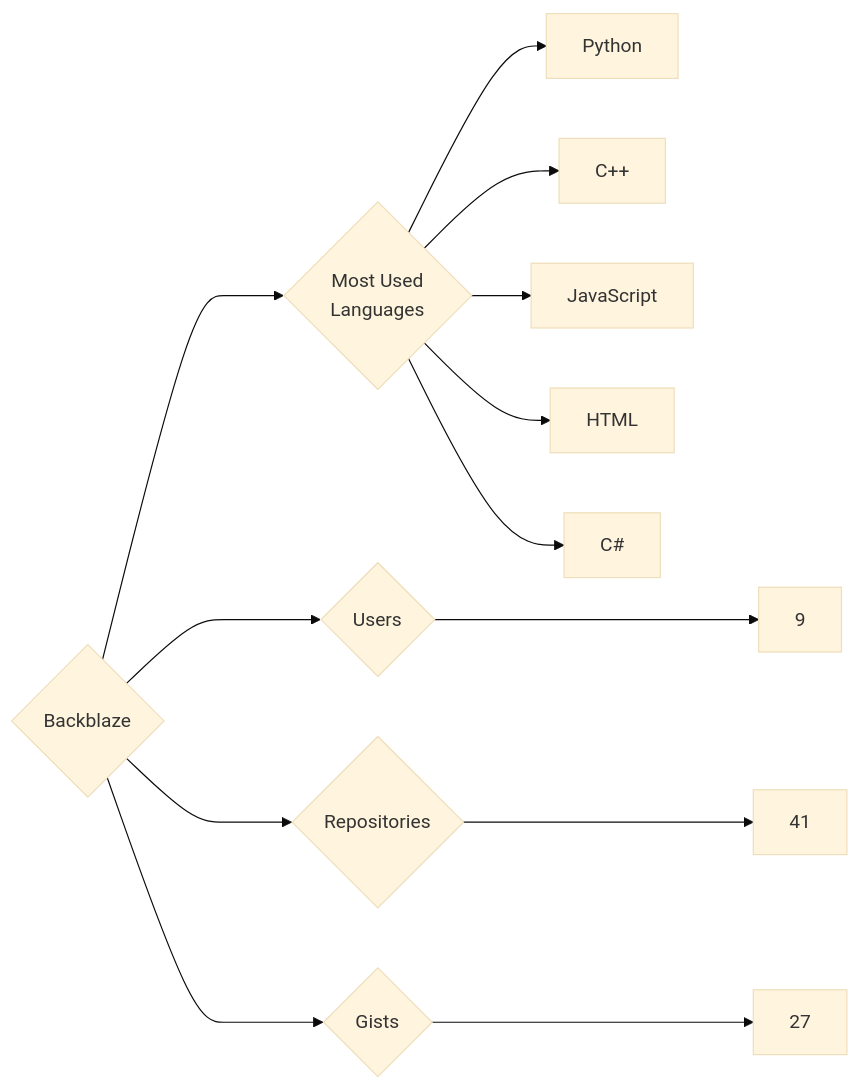
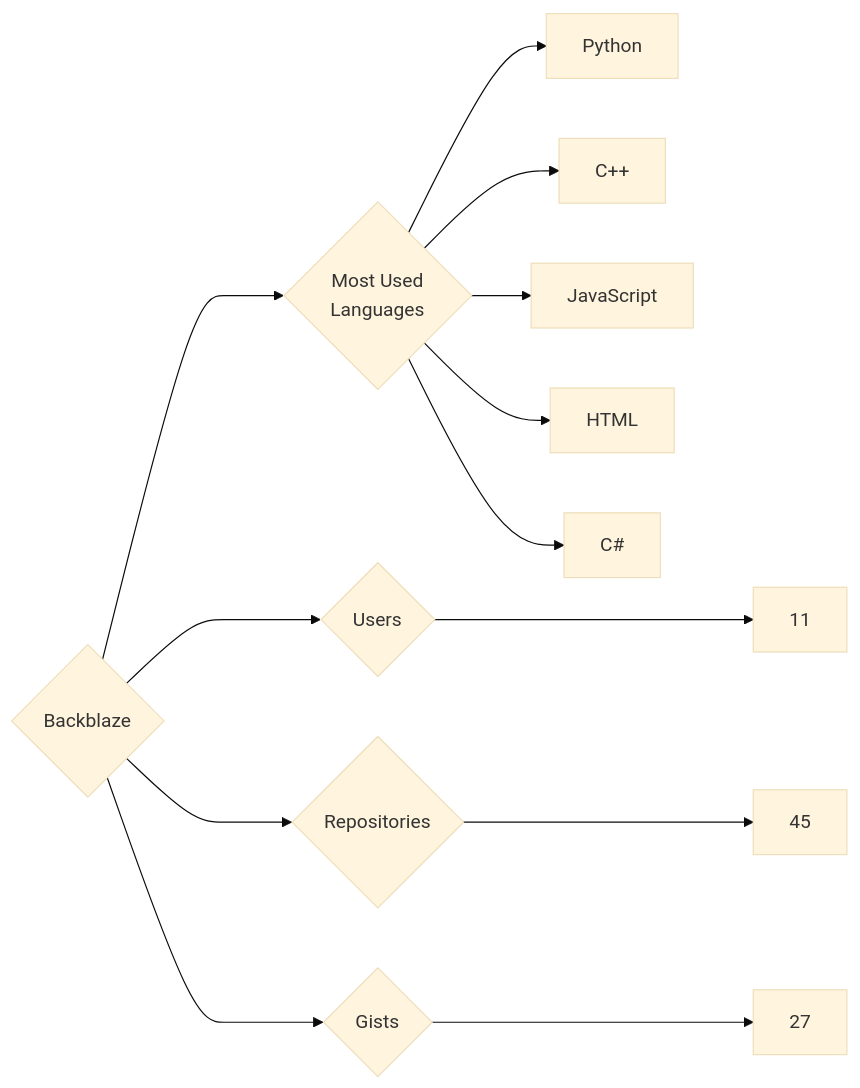
Before and after one commit to trickest/insiders: the diagram in targets/Backblaze/README.md, drawn with Mermaid (base theme). The commit also changed 1123 other files, not shown here.

````diff
--- a/targets/Backblaze/README.md
+++ b/targets/Backblaze/README.md
@@ -3,13 +3,13 @@
 ```mermaid
 graph LR
 COMPANY_NAME{Backblaze}
-COMPANY_NAME ---> U{Users} ---> UN[9]
-COMPANY_NAME ---> R{Repositories} ---> RN[41]
+COMPANY_NAME ---> U{Users} ---> UN[11]
+COMPANY_NAME ---> R{Repositories} ---> RN[45]
 COMPANY_NAME ---> G{Gists} ---> GN[27]
 COMPANY_NAME ---> ML{Most Used<br>Languages}
 ML --> Python[Python]
 ML --> C++[C++]
 ML --> JavaScript[JavaScript]
 ML --> HTML[HTML]
 ML --> C#[C#]
 ```
````
